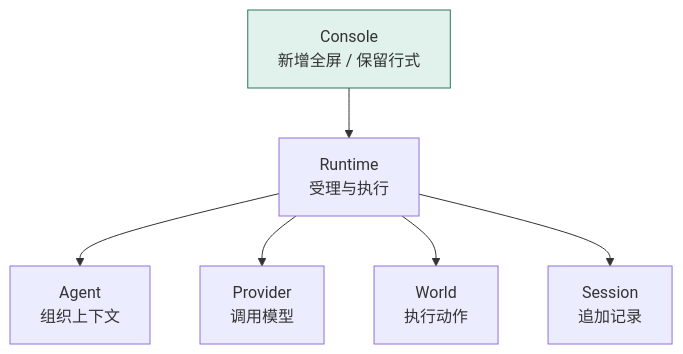
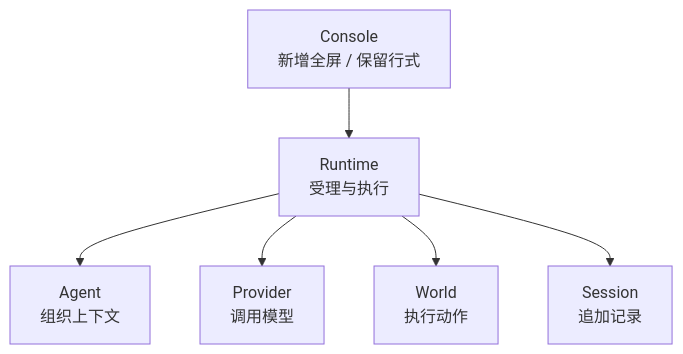
The first of 6 diagrams in docs/2026-10-06-M2.1进度与架构图.md (13776578253-glitch/1002bot), drawn with Mermaid before and after one commit. The commit also changed other lines of this file and 33 other files, not shown here.

````diff
--- a/docs/2026-10-06-M2.1进度与架构图.md
+++ b/docs/2026-10-06-M2.1进度与架构图.md
@@ -23,9 +25,8 @@
 ```mermaid
 flowchart TB
   C[Console<br/>新增全屏 / 保留行式] --> R[Runtime<br/>受理与执行]
   R --> A[Agent<br/>组织上下文]
   R --> P[Provider<br/>调用模型]
   R --> W[World<br/>执行动作]
   R --> S[Session<br/>追加记录]
-  style C fill:#e0f2eb,stroke:#28765c
 ```
````
